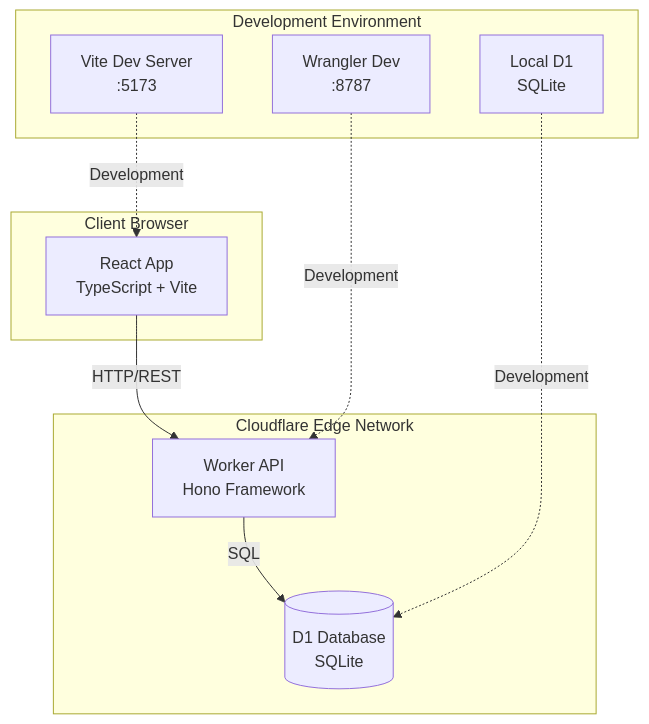
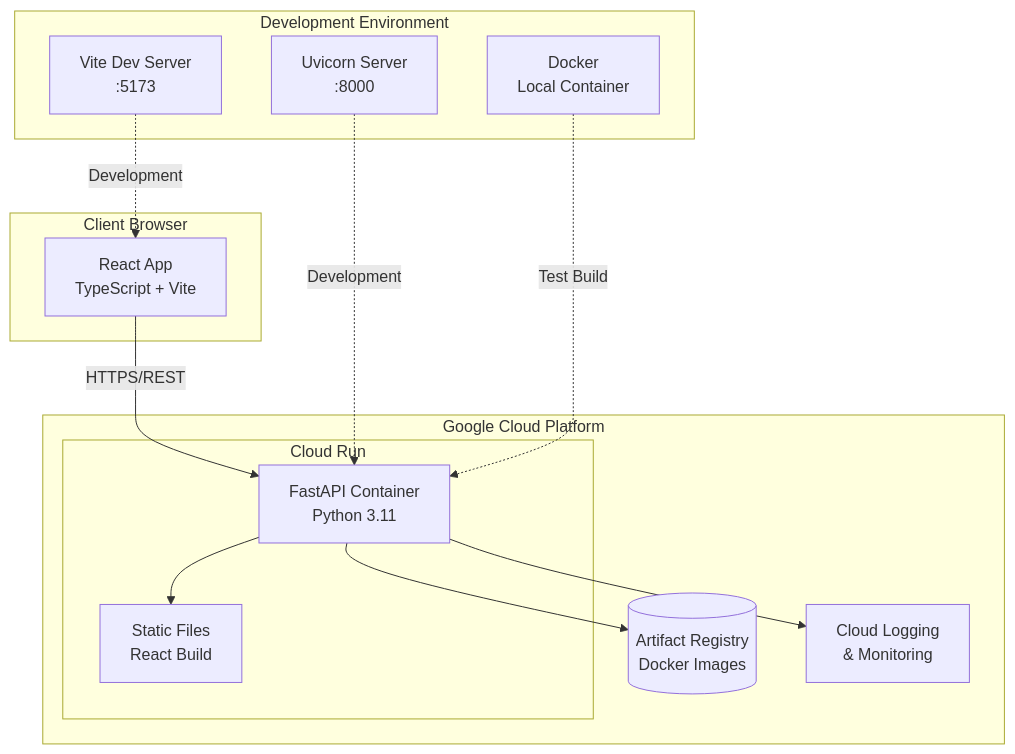
The first of 10 diagrams in .project/guidelines/core/architecture-diagrams.md (emily-flambe/web-app-starter-pack-gcp), drawn with Mermaid before and after one commit. The commit also changed other lines of this file and 37 other files, not shown here.

First line of the commit message:
Add Google Cloud Run deployment with FastAPI + React starter (#5)

````diff
--- a/.project/guidelines/core/architecture-diagrams.md
+++ b/.project/guidelines/core/architecture-diagrams.md
@@ -7,24 +7,30 @@
 ```mermaid
 graph TB
     subgraph "Client Browser"
         React[React App<br/>TypeScript + Vite]
     end
     
-    subgraph "Cloudflare Edge Network"
-        Worker[Worker API<br/>Hono Framework]
-        D1[(D1 Database<br/>SQLite)]
+    subgraph "Google Cloud Platform"
+        subgraph "Cloud Run"
+            Container[FastAPI Container<br/>Python 3.11]
+            Static[Static Files<br/>React Build]
+        end
+        Registry[(Artifact Registry<br/>Docker Images)]
+        Logging[Cloud Logging<br/>& Monitoring]
     end
     
     subgraph "Development Environment"
         Dev1[Vite Dev Server<br/>:5173]
-        Dev2[Wrangler Dev<br/>:8787]
-        Dev3[Local D1<br/>SQLite]
+        Dev2[Uvicorn Server<br/>:8000]
+        Docker[Docker<br/>Local Container]
     end
     
-    React -->|HTTP/REST| Worker
-    Worker -->|SQL| D1
+    React -->|HTTPS/REST| Container
+    Container --> Static
+    Container --> Registry
+    Container --> Logging
     
     Dev1 -.->|Development| React
-    Dev2 -.->|Development| Worker
-    Dev3 -.->|Development| D1
+    Dev2 -.->|Development| Container
+    Docker -.->|Test Build| Container
 ```
````
